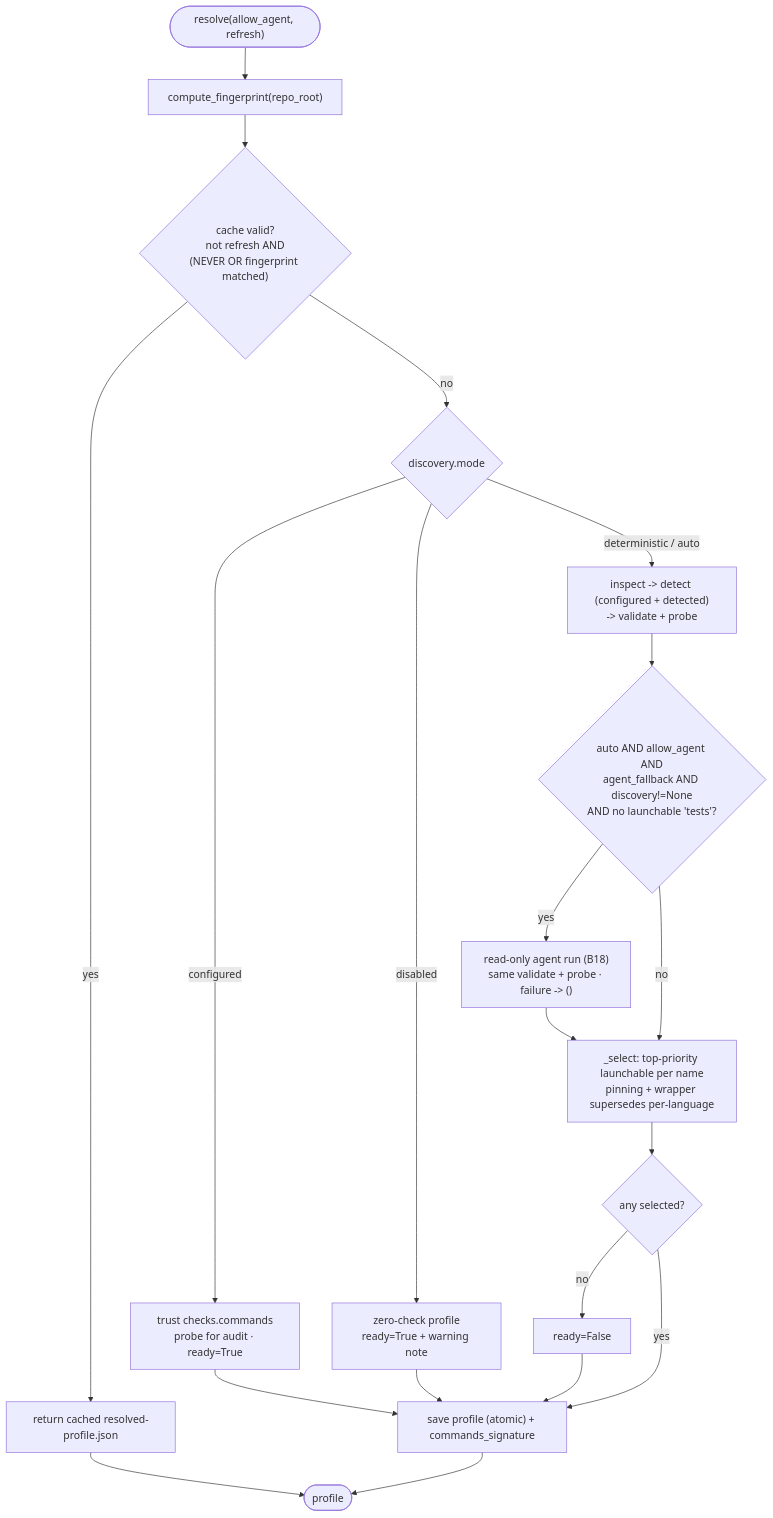
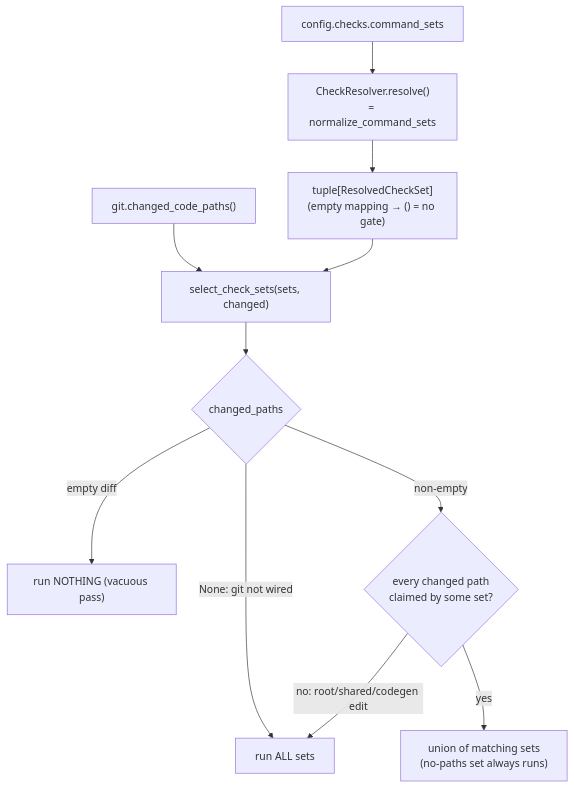
One commit to VladimirMakarevich/wastech-orchestrator changed the diagram in docs/functional/blocks/B23-check-discovery.md. Above: the diagram before and after it, drawn with Mermaid. The commit also changed other lines of this file and 92 other files, not shown here.

First line of the commit message:
feat: refactor checks subsystem for monorepo support: remove discovery, introduce command_sets

````diff
--- a/docs/functional/blocks/B23-check-discovery.md
+++ b/docs/functional/blocks/B23-check-discovery.md
@@ -66,22 +45,13 @@
 ```mermaid
 flowchart TB
-    start(["resolve(allow_agent, refresh)"]) --> fp["compute_fingerprint(repo_root)"]
-    fp --> cache{"cache valid?<br/>not refresh AND<br/>(NEVER OR fingerprint matched)"}
-    cache -->|yes| reuse["return cached resolved-profile.json"]
-    cache -->|no| mode{"discovery.mode"}
-    mode -->|configured| conf["trust checks.commands<br/>probe for audit · ready=True"]
-    mode -->|disabled| dis["zero-check profile<br/>ready=True + warning note"]
-    mode -->|deterministic / auto| det["inspect -> detect (configured + detected)<br/>-> validate + probe"]
-    det --> ag{"auto AND allow_agent AND<br/>agent_fallback AND discovery!=None<br/>AND no launchable 'tests'?"}
-    ag -->|yes| agent["read-only agent run (B18)<br/>same validate + probe · failure -> ()"]
-    ag -->|no| sel
-    agent --> sel["_select: top-priority launchable per name<br/>pinning + wrapper supersedes per-language"]
-    sel --> ready{"any selected?"}
-    ready -->|no| notready["ready=False"]
-    ready -->|yes| save
-    conf --> save["save profile (atomic) + commands_signature"]
-    dis --> save
-    notready --> save
-    reuse --> done([profile])
-    save --> done
+    cfg["config.checks.command_sets"] --> res["CheckResolver.resolve()<br/>= normalize_command_sets"]
+    res --> sets["tuple[ResolvedCheckSet]<br/>(empty mapping → () = no gate)"]
+    diff["git.changed_code_paths()"] --> sel
+    sets --> sel["select_check_sets(sets, changed)"]
+    sel --> tri{"changed_paths"}
+    tri -->|None: git not wired| all["run ALL sets"]
+    tri -->|empty diff| none["run NOTHING (vacuous pass)"]
+    tri -->|non-empty| match{"every changed path<br/>claimed by some set?"}
+    match -->|no: root/shared/codegen edit| all
+    match -->|yes| union["union of matching sets<br/>(no-paths set always runs)"]
 ```
````
